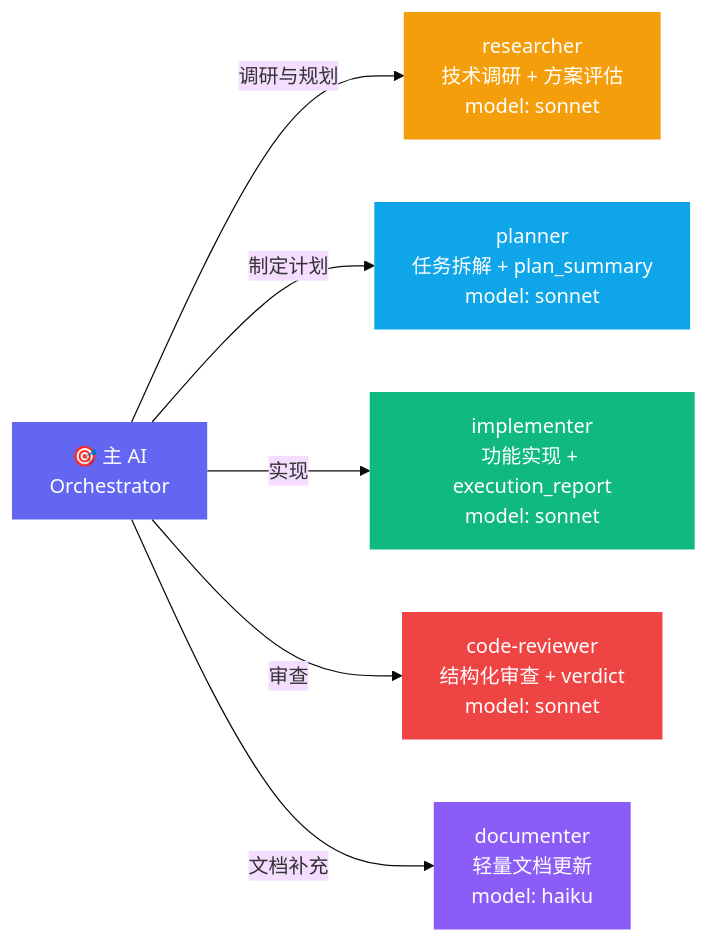
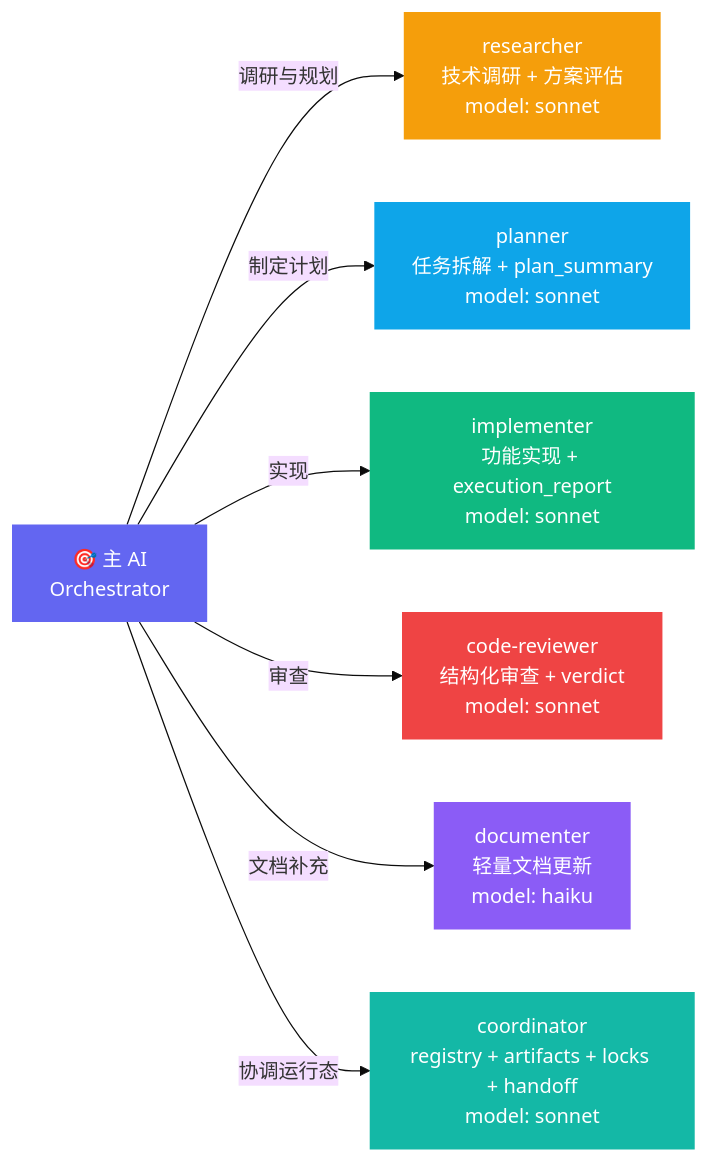
The second of 7 diagrams in docs/architecture.md (Kucell/cortex-agent), drawn with Mermaid (base theme) before and after one commit. The commit also changed other lines of this file and 52 other files, not shown here.

First line of the commit message:
feat(coordinator): ship T-C02~T-C05 — Registry, Artifact Bus, Progress Lock, coordinator sub-agent

````diff
--- a/docs/architecture.md
+++ b/docs/architecture.md
@@ -73,15 +73,17 @@
 ```mermaid
 graph LR
     O["🎯 主 AI<br/>Orchestrator"] -->|调研与规划| RS["researcher<br/>技术调研 + 方案评估<br/>model: sonnet"]
     O -->|制定计划| PL["planner<br/>任务拆解 + plan_summary<br/>model: sonnet"]
     O -->|实现| IM["implementer<br/>功能实现 + execution_report<br/>model: sonnet"]
     O -->|审查| CR["code-reviewer<br/>结构化审查 + verdict<br/>model: sonnet"]
     O -->|文档补充| DC["documenter<br/>轻量文档更新<br/>model: haiku"]
+    O -->|协调运行态| CO["coordinator<br/>registry + artifacts + locks + handoff<br/>model: sonnet"]
 
     style O fill:#6366f1,color:#fff,stroke:none
     style PL fill:#0ea5e9,color:#fff,stroke:none
     style IM fill:#10b981,color:#fff,stroke:none
     style RS fill:#f59e0b,color:#fff,stroke:none
     style CR fill:#ef4444,color:#fff,stroke:none
     style DC fill:#8b5cf6,color:#fff,stroke:none
+    style CO fill:#14b8a6,color:#fff,stroke:none
 ```
````
